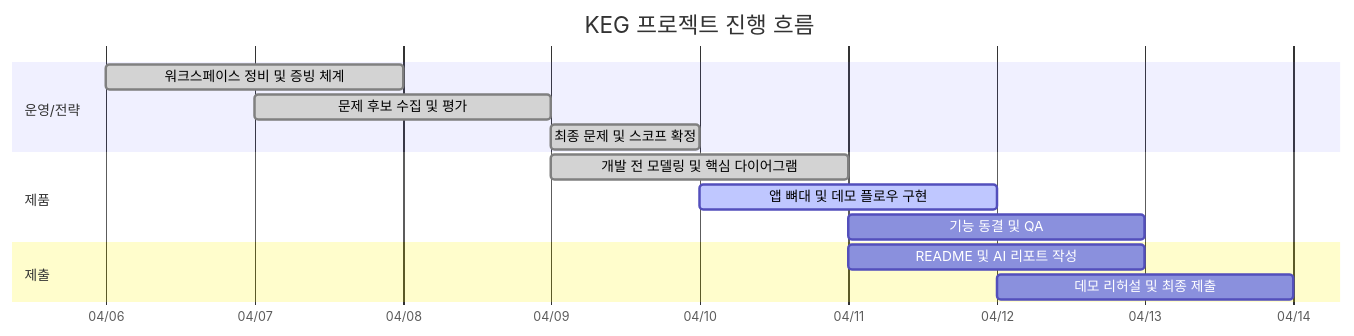
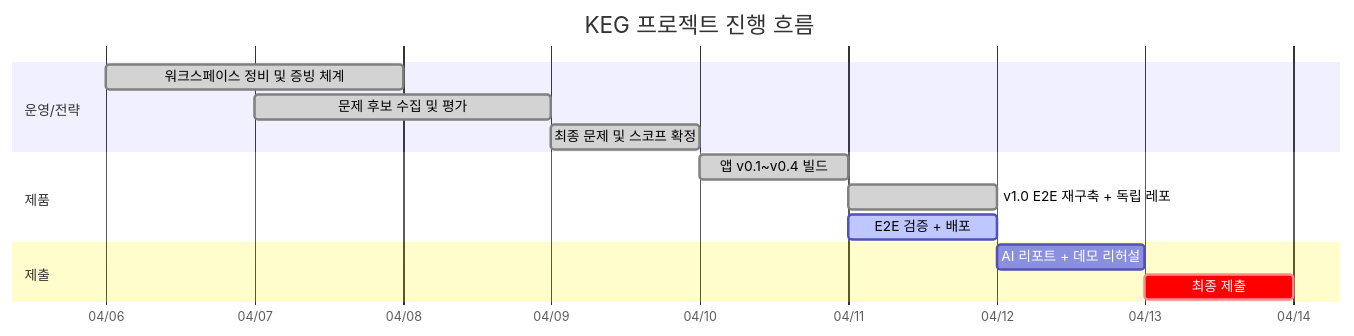
One commit to River-181/KEG-Mangsanggwedo changed the diagram in _system/dashboard/project-dashboard.md. Above: the diagram before and after it, drawn with Mermaid. The commit also changed other lines of this file and 45 other files, not shown here.

````diff
--- a/_system/dashboard/project-dashboard.md
+++ b/_system/dashboard/project-dashboard.md
@@ -34,17 +49,17 @@
 ```mermaid
 gantt
     title KEG 프로젝트 진행 흐름
     dateFormat  YYYY-MM-DD
     axisFormat  %m/%d
     section 운영/전략
     워크스페이스 정비 및 증빙 체계 :done, a1, 2026-04-06, 2d
     문제 후보 수집 및 평가 :done, a2, 2026-04-07, 2d
     최종 문제 및 스코프 확정 :done, a3, 2026-04-09, 1d
     section 제품
-    개발 전 모델링 및 핵심 다이어그램 :done, a4, 2026-04-09, 2d
-    앱 뼈대 및 데모 플로우 구현 :active, a5, 2026-04-10, 2d
-    기능 동결 및 QA :a6, 2026-04-11, 2d
+    앱 v0.1~v0.4 빌드 :done, a4, 2026-04-10, 1d
+    v1.0 E2E 재구축 + 독립 레포 :done, a5, 2026-04-11, 1d
+    E2E 검증 + 배포 :active, a6, 2026-04-11, 1d
     section 제출
-    README 및 AI 리포트 작성 :a7, 2026-04-11, 2d
-    데모 리허설 및 최종 제출 :a8, 2026-04-12, 2d
+    AI 리포트 + 데모 리허설 :a7, 2026-04-12, 1d
+    최종 제출 :crit, a8, 2026-04-13, 1d
 ```
````
